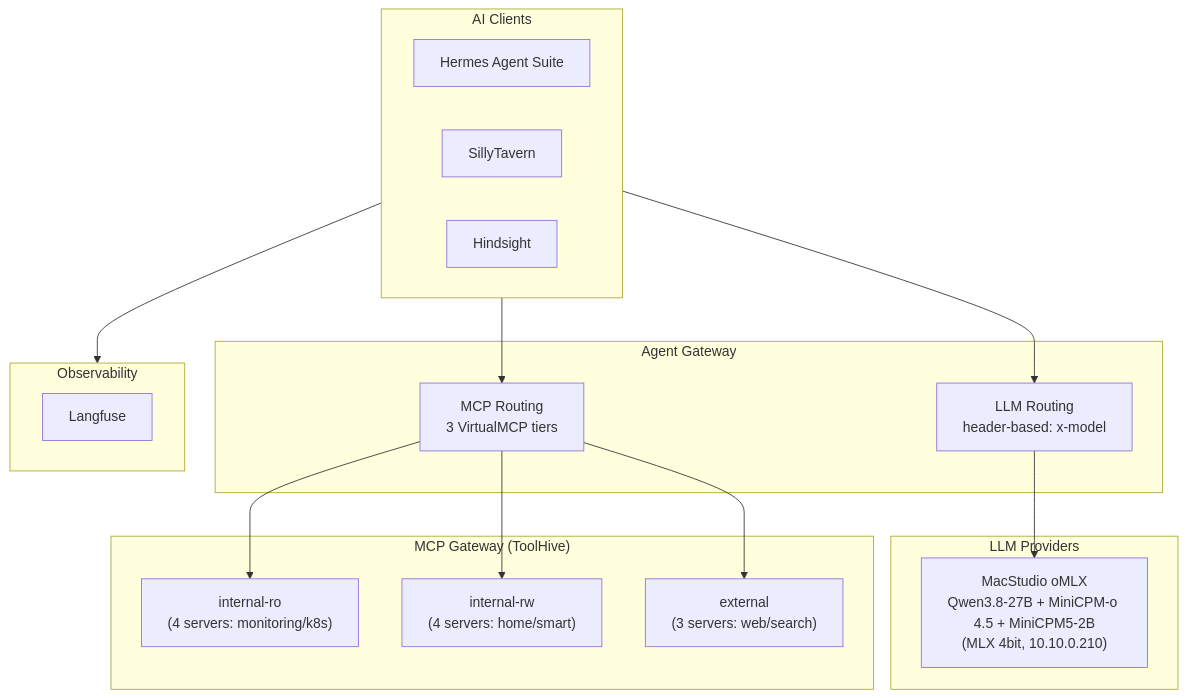
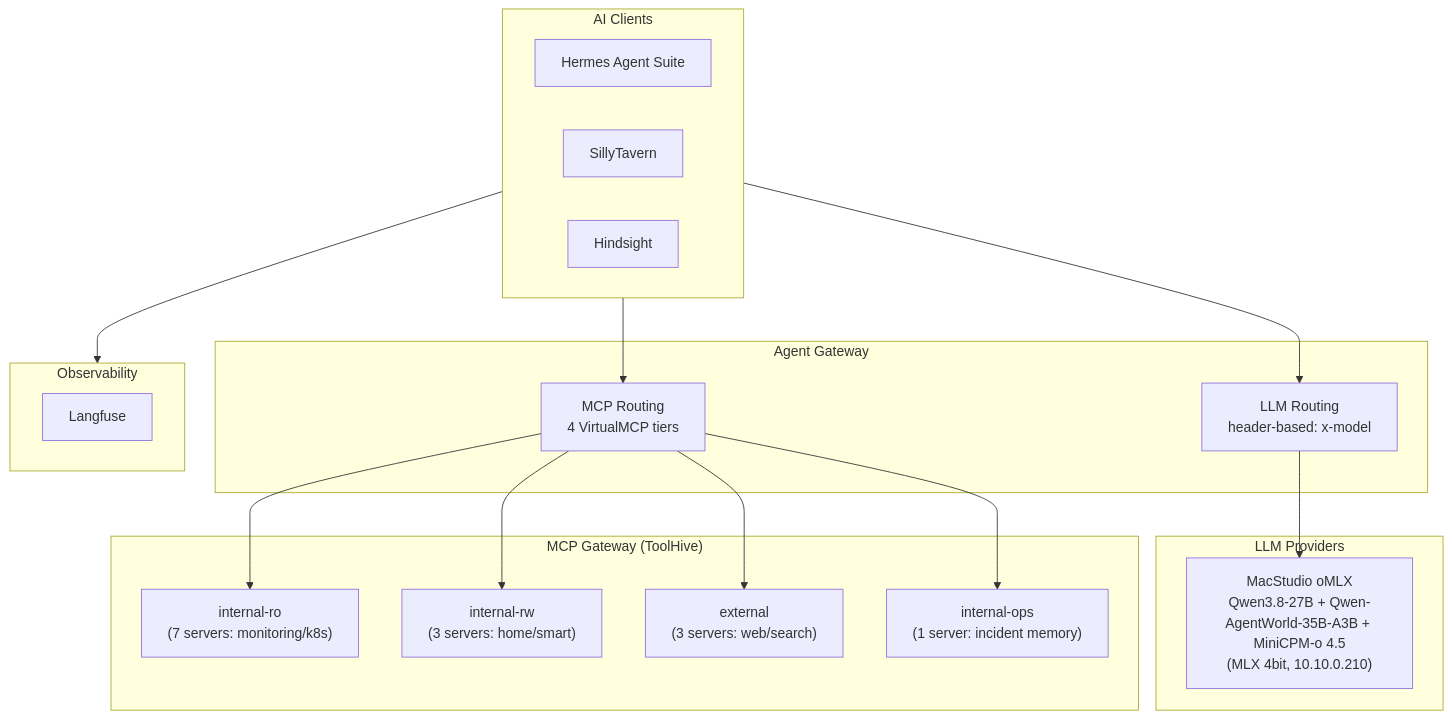
Before and after one commit to soulwhisper/home-ops: the diagram in docs/application/ai.md, drawn with Mermaid. The commit also changed other lines of this file and 120 other files, not shown here.

First line of the commit message:
feat: ai-ops loop — robusta+holmes, kyverno policies, agent lane, homelab-tickets (draft) (#3983)

````diff
--- a/docs/application/ai.md
+++ b/docs/application/ai.md
@@ -8,35 +8,37 @@
 ```mermaid
 flowchart TB
     subgraph Clients["AI Clients"]
         Hermes["Hermes Agent Suite"]
         ST["SillyTavern"]
         HS["Hindsight"]
     end
 
     subgraph Gateway["Agent Gateway"]
         AG-LLM["LLM Routing<br/>header-based: x-model"]
-        AG-MCP["MCP Routing<br/>3 VirtualMCP tiers"]
+        AG-MCP["MCP Routing<br/>4 VirtualMCP tiers"]
     end
 
     subgraph LLM["LLM Providers"]
-        Studio["MacStudio oMLX<br/>Qwen3.8-27B + MiniCPM-o 4.5 + MiniCPM5-2B<br/>(MLX 4bit, 10.10.0.210)"]
+        Studio["MacStudio oMLX<br/>Qwen3.8-27B + Qwen-AgentWorld-35B-A3B + MiniCPM-o 4.5<br/>(MLX 4bit, 10.10.0.210)"]
     end
 
     subgraph MCP["MCP Gateway (ToolHive)"]
-        VMCP-RO["internal-ro<br/>(4 servers: monitoring/k8s)"]
-        VMCP-RW["internal-rw<br/>(4 servers: home/smart)"]
+        VMCP-RO["internal-ro<br/>(7 servers: monitoring/k8s)"]
+        VMCP-RW["internal-rw<br/>(3 servers: home/smart)"]
         VMCP-EXT["external<br/>(3 servers: web/search)"]
+        VMCP-OPS["internal-ops<br/>(1 server: incident memory)"]
     end
 
     subgraph Obs["Observability"]
         Langfuse["Langfuse"]
     end
 
     Clients --> AG-LLM
     Clients --> AG-MCP
     AG-LLM --> Studio
     AG-MCP --> VMCP-RO
     AG-MCP --> VMCP-RW
     AG-MCP --> VMCP-EXT
+    AG-MCP --> VMCP-OPS
     Clients --> Obs
 ```
````
